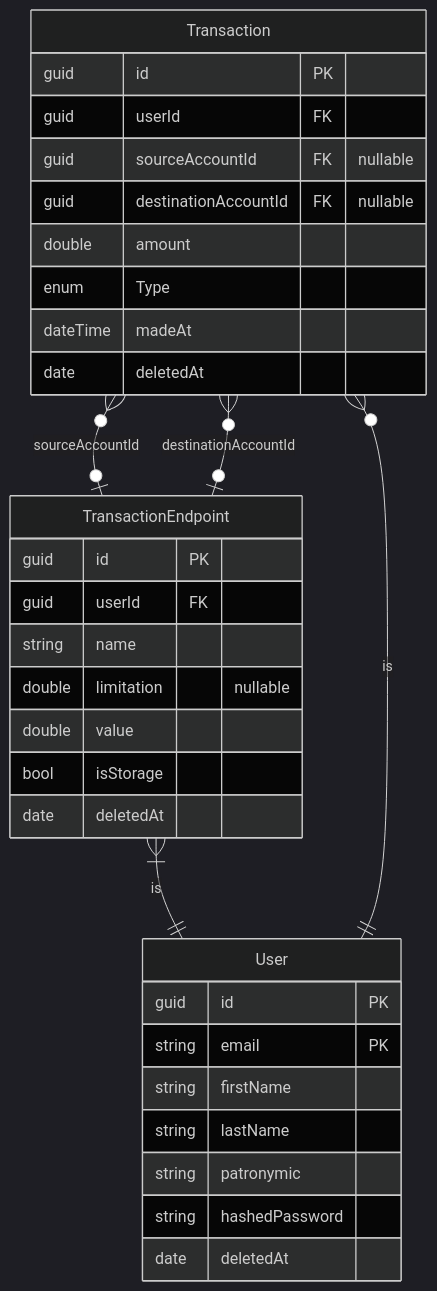
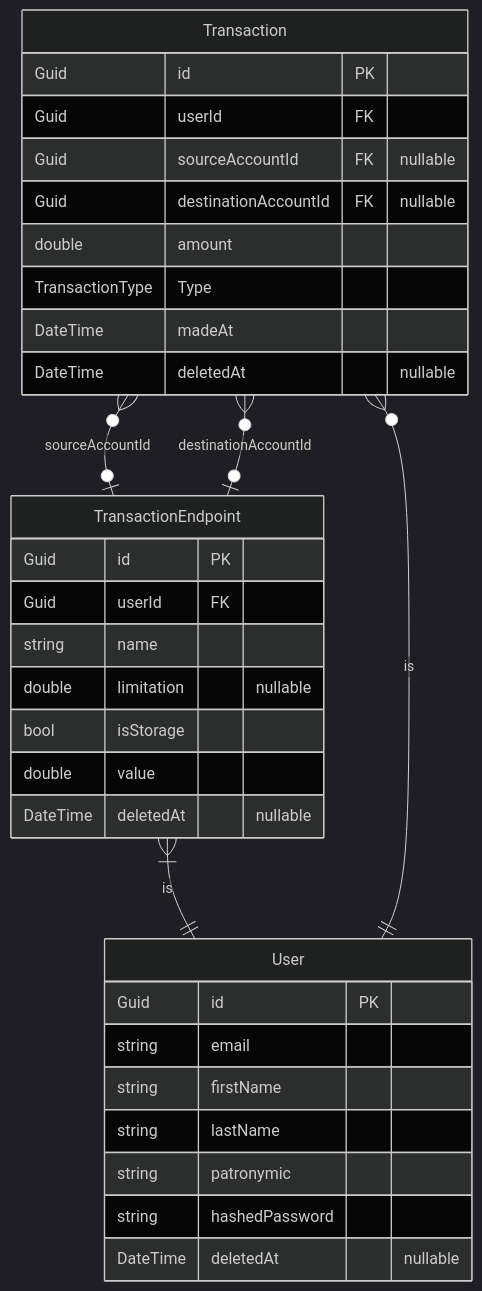
Before and after one commit to Pipotka/SmartWallet: the diagram in README.md, drawn with Mermaid (dark theme).

Commit message:
Обновил ERD диаграмму

````diff
--- a/README.md
+++ b/README.md
@@ -8,37 +8,37 @@
 ```mermaid
 erDiagram
     TransactionEndpoint }|--|| User : is
     TransactionEndpoint {
-        guid id PK
-        guid userId FK
+        Guid id PK
+        Guid userId FK
         string name
         double limitation "nullable"
+        bool isStorage
         double value
-        bool isStorage
-        date deletedAt
+        DateTime deletedAt "nullable"
     }
 
     Transaction }o--|| User : is
     Transaction }o--o| TransactionEndpoint : sourceAccountId
     Transaction }o--o| TransactionEndpoint : destinationAccountId
     Transaction {
-        guid id PK
-        guid userId FK
-        guid sourceAccountId FK "nullable"
-        guid destinationAccountId FK "nullable"
+        Guid id PK
+        Guid userId FK
+        Guid sourceAccountId FK "nullable"
+        Guid destinationAccountId FK "nullable"
         double amount
-        enum Type
-        dateTime madeAt
-        date deletedAt
+        TransactionType Type
+        DateTime madeAt
+        DateTime deletedAt "nullable"
     }
 
     User {
-        guid id PK
-        string email PK
+        Guid id PK
+        string email
         string firstName
         string lastName
         string patronymic
         string hashedPassword
-        date deletedAt
+        DateTime deletedAt "nullable"
     }
 ```
````
